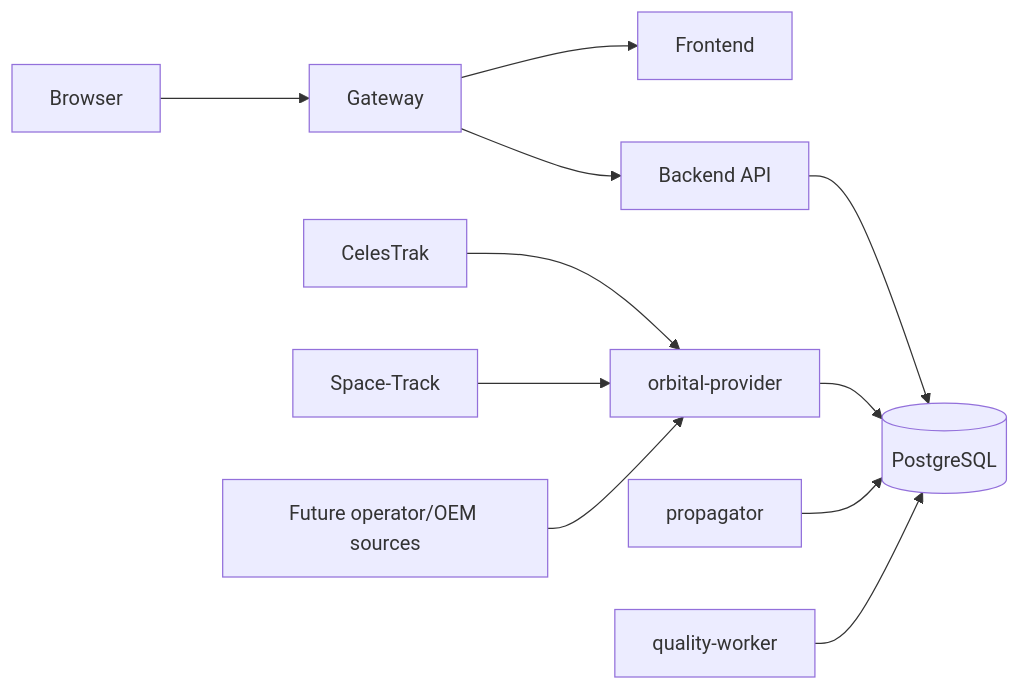
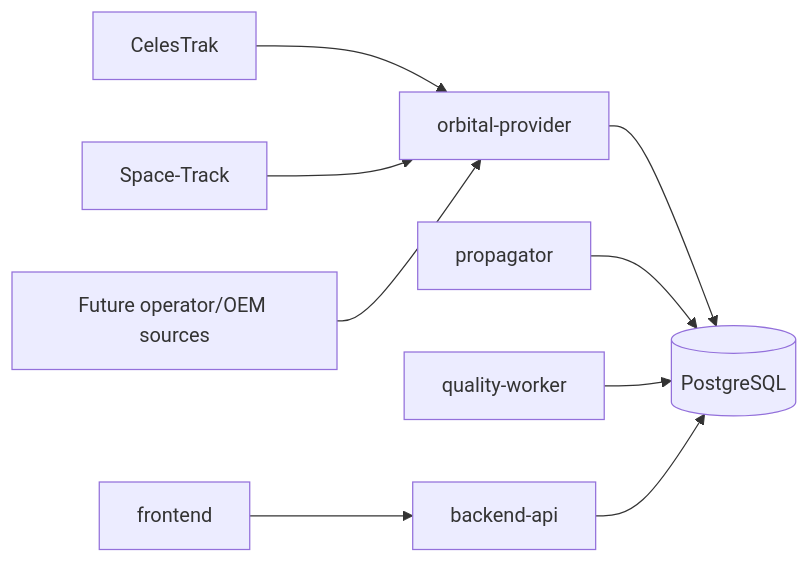
Before and after one commit to ExoSpaceLabs/world-sat-monitor: the second of 7 diagrams in docs/architecture.md, drawn with Mermaid. The commit also changed other lines of this file and 21 other files, not shown here.

First line of the commit message:
feat(world-sat-monitor): add orbital provider and propagation services

````diff
--- a/docs/architecture.md
+++ b/docs/architecture.md
@@ -20,13 +23,11 @@
 ```mermaid
 flowchart LR
-    U[Browser] --> G[Gateway]
-    G --> F[Frontend]
-    G --> B[Backend API]
-    P[orbital-provider] --> DB[(PostgreSQL)]
+    C[CelesTrak] --> P[orbital-provider]
+    S[Space-Track] --> P
+    O[Future operator/OEM sources] --> P
+    P --> DB[(PostgreSQL)]
     W[propagator] --> DB
     Q[quality-worker] --> DB
-    B --> DB
-    C[CelesTrak] --> P
-    S[Space-Track] --> P
-    O[Future operator/OEM sources] --> P
+    B[backend-api] --> DB
+    U[frontend] --> B
 ```
````
